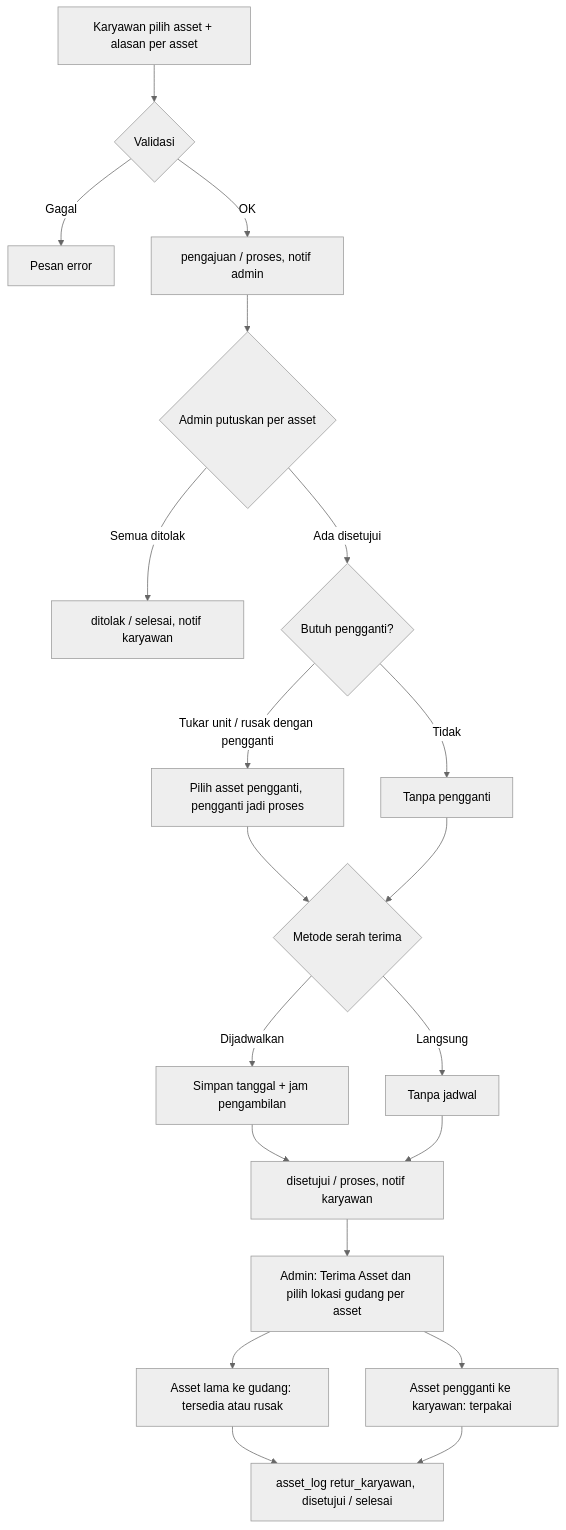
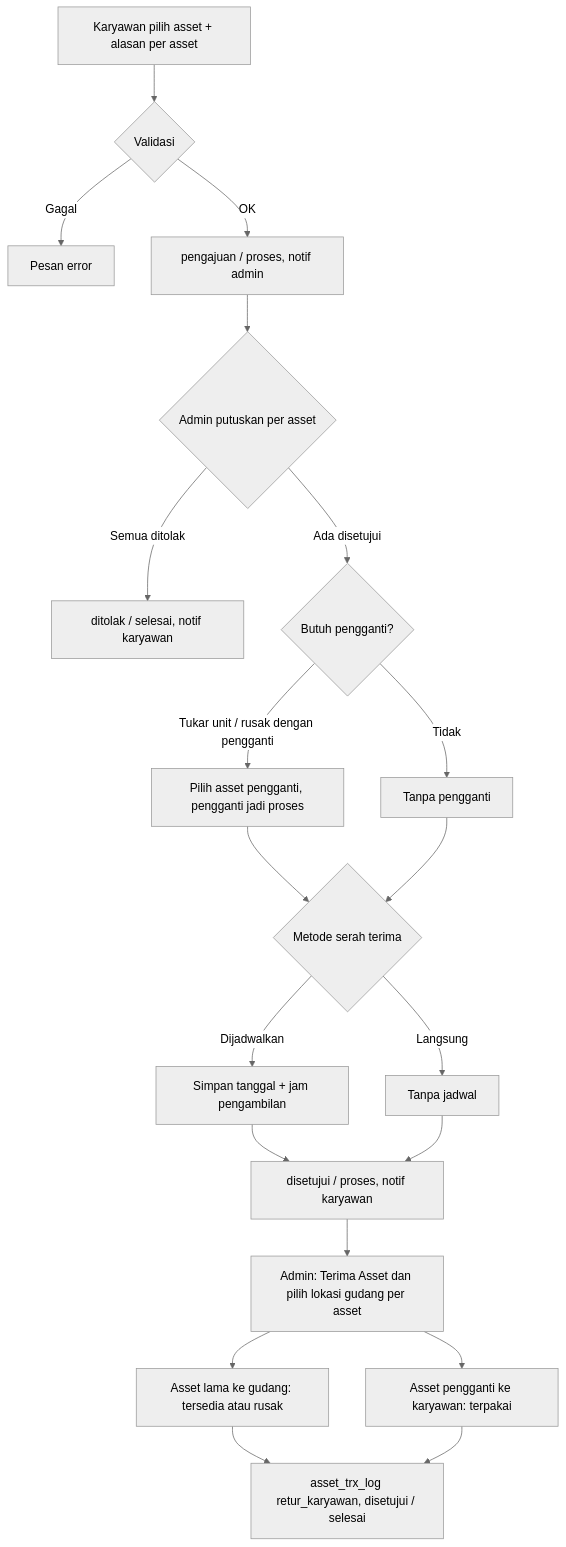
One commit to setiyawan12/DOKUMENTASI-ASSET changed the first of 4 diagrams in dokumentasi-asset-retur-karyawan.md. Above: the diagram before and after it, drawn with Mermaid (neutral theme). The commit also changed other lines of this file and 34 other files, not shown here.

````diff
--- a/dokumentasi-asset-retur-karyawan.md
+++ b/dokumentasi-asset-retur-karyawan.md
@@ -237,22 +237,22 @@
 ```mermaid
 flowchart TD
     A[Karyawan pilih asset + alasan per asset] --> B{Validasi}
     B -->|Gagal| X[Pesan error]
     B -->|OK| C[pengajuan / proses, notif admin]
     C --> D{Admin putuskan per asset}
     D -->|Semua ditolak| E[ditolak / selesai, notif karyawan]
     D -->|Ada disetujui| F{Butuh pengganti?}
     F -->|Tukar unit / rusak dengan pengganti| G[Pilih asset pengganti, pengganti jadi proses]
     F -->|Tidak| H[Tanpa pengganti]
     G --> I{Metode serah terima}
     H --> I
     I -->|Dijadwalkan| J[Simpan tanggal + jam pengambilan]
     I -->|Langsung| K[Tanpa jadwal]
     J --> L[disetujui / proses, notif karyawan]
     K --> L
     L --> M[Admin: Terima Asset dan pilih lokasi gudang per asset]
     M --> N[Asset lama ke gudang: tersedia atau rusak]
     M --> O[Asset pengganti ke karyawan: terpakai]
-    N --> P[asset_log retur_karyawan, disetujui / selesai]
+    N --> P[asset_trx_log retur_karyawan, disetujui / selesai]
     O --> P
 ```
````
